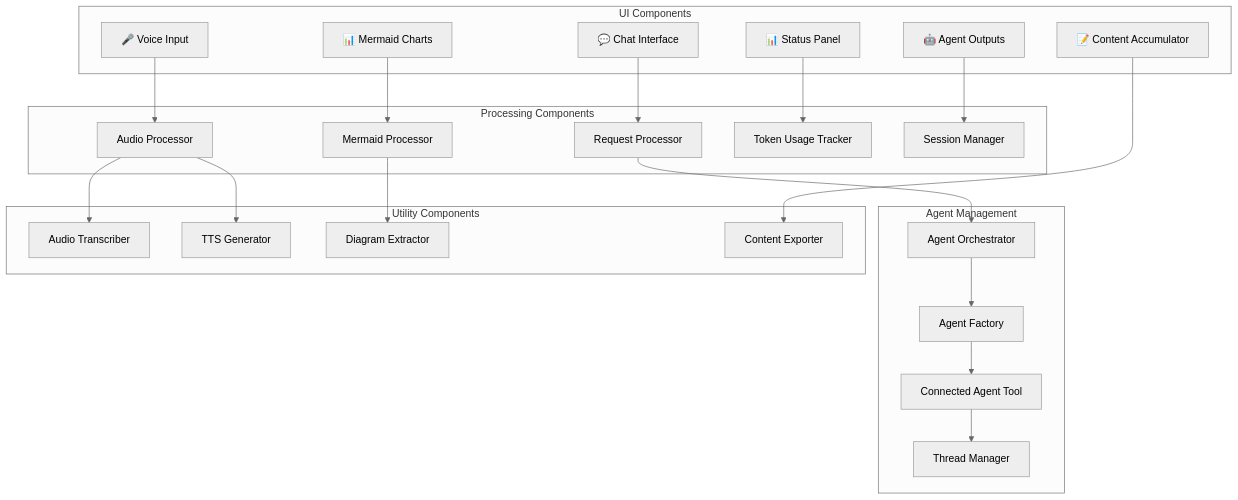
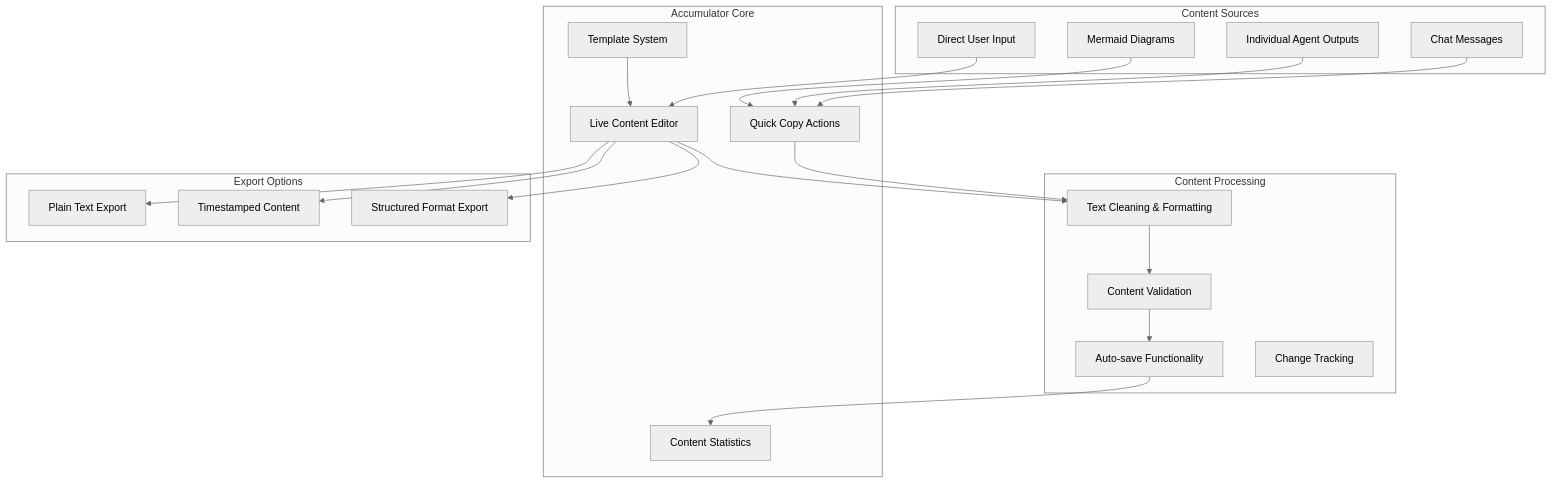
One commit to mmckechney/AgenticAIFoundry changed the third of 17 diagrams in docs/stbrainstorm-architecture-documentation.md. Above: the diagram before and after it, drawn with Mermaid (neutral theme). The commit also changed other lines of this file, not shown here.

Commit message:
Major documentation updates: agents, UI architecture, API reference, data flows

````diff
--- a/docs/stbrainstorm-architecture-documentation.md
+++ b/docs/stbrainstorm-architecture-documentation.md
@@ -261,50 +525,46 @@
 ```mermaid
-graph TB
-    subgraph "UI Components"
-        ChatInterface[💬 Chat Interface]
-        AccumulatorTab[📝 Content Accumulator]
-        MermaidTab[📊 Mermaid Charts]
-        VoiceInput[🎤 Voice Input]
-        StatusPanel[📊 Status Panel]
-        AgentOutputs[🤖 Agent Outputs]
+graph TD
+    subgraph "Content Sources"
+        ChatMessages[Chat Messages]
+        AgentOutputs[Individual Agent Outputs]
+        MermaidDiagrams[Mermaid Diagrams]
+        UserInput[Direct User Input]
     end
     
-    subgraph "Processing Components"
-        RequestProcessor[Request Processor]
-        AudioProcessor[Audio Processor]
-        MermaidProcessor[Mermaid Processor]
-        TokenTracker[Token Usage Tracker]
-        SessionManager[Session Manager]
+    subgraph "Accumulator Core"
+        ContentEditor[Live Content Editor]
+        QuickActions[Quick Copy Actions]
+        Templates[Template System]
+        Statistics[Content Statistics]
     end
     
-    subgraph "Agent Management"
-        AgentFactory[Agent Factory]
-        AgentOrchestrator[Agent Orchestrator]
-        ConnectedAgentTool[Connected Agent Tool]
-        ThreadManager[Thread Manager]
+    subgraph "Content Processing"
+        TextCleaning[Text Cleaning & Formatting]
+        ContentValidation[Content Validation]
+        AutoSave[Auto-save Functionality]
+        VersionTracking[Change Tracking]
     end
     
-    subgraph "Utility Components"
-        AudioTranscriber[Audio Transcriber]
-        TTSGenerator[TTS Generator]
-        DiagramExtractor[Diagram Extractor]
-        ContentExporter[Content Exporter]
+    subgraph "Export Options"
+        TextExport[Plain Text Export]
+        TimestampedExport[Timestamped Content]
+        StructuredExport[Structured Format Export]
     end
     
-    %% Component Interactions
-    ChatInterface --> RequestProcessor
-    VoiceInput --> AudioProcessor
-    RequestProcessor --> AgentOrchestrator
-    AgentOrchestrator --> AgentFactory
-    AgentFactory --> ConnectedAgentTool
-    ConnectedAgentTool --> ThreadManager
+    ChatMessages --> QuickActions
+    AgentOutputs --> QuickActions
+    MermaidDiagrams --> QuickActions
+    UserInput --> ContentEditor
     
-    AudioProcessor --> AudioTranscriber
-    AudioProcessor --> TTSGenerator
-    MermaidTab --> MermaidProcessor
-    MermaidProcessor --> DiagramExtractor
+    QuickActions --> TextCleaning
+    ContentEditor --> TextCleaning
+    Templates --> ContentEditor
     
-    AccumulatorTab --> ContentExporter
-    StatusPanel --> TokenTracker
-    AgentOutputs --> SessionManager
+    TextCleaning --> ContentValidation
+    ContentValidation --> AutoSave
+    AutoSave --> Statistics
+    
+    ContentEditor --> TextExport
+    ContentEditor --> TimestampedExport
+    ContentEditor --> StructuredExport
 ```
````
